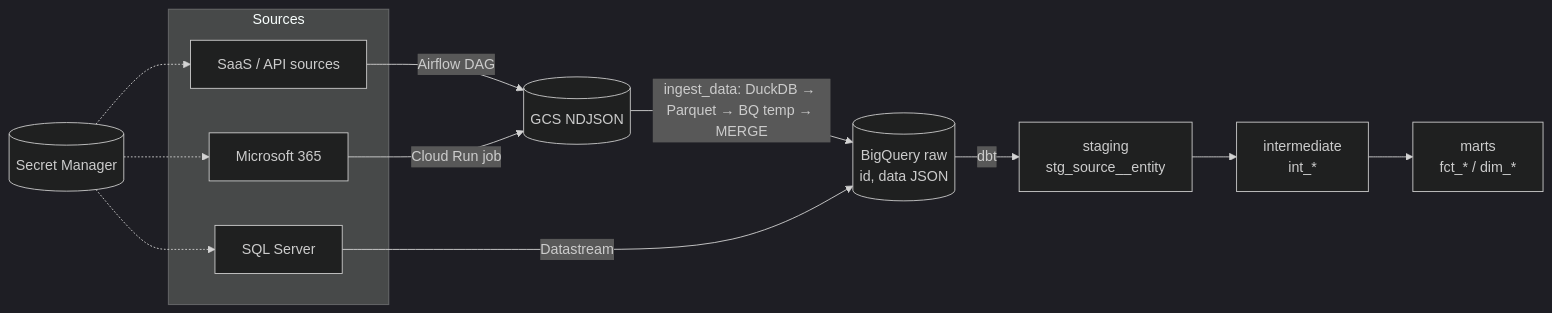
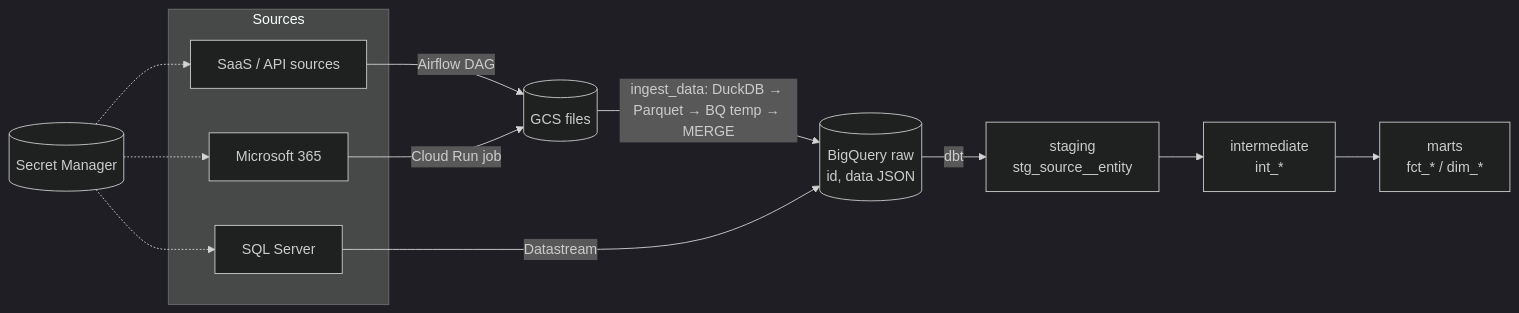
Before and after one commit to mrbrianevans/data-platform-template: the diagram in README.md, drawn with Mermaid (dark theme). The commit also changed other lines of this file and 24 other files, not shown here.

````diff
--- a/README.md
+++ b/README.md
@@ -7,19 +7,19 @@
 ```mermaid
 flowchart LR
   subgraph Sources
     API[SaaS / API sources]
     M365[Microsoft 365]
     SQL[SQL Server]
   end
 
-  API -->|Airflow DAG| GCS[(GCS NDJSON)]
+  API -->|Airflow DAG| GCS[(GCS files)]
   M365 -->|Cloud Run job| GCS
   GCS -->|ingest_data: DuckDB → Parquet → BQ temp → MERGE| RAW[(BigQuery raw<br/>id, data JSON)]
   SQL -->|Datastream| RAW
   RAW -->|dbt| STG[staging<br/>stg_source__entity]
   STG --> INT[intermediate<br/>int_*]
   INT --> MARTS[marts<br/>fct_* / dim_*]
   SM[(Secret Manager)] -.-> API
   SM -.-> M365
   SM -.-> SQL
 ```
````
